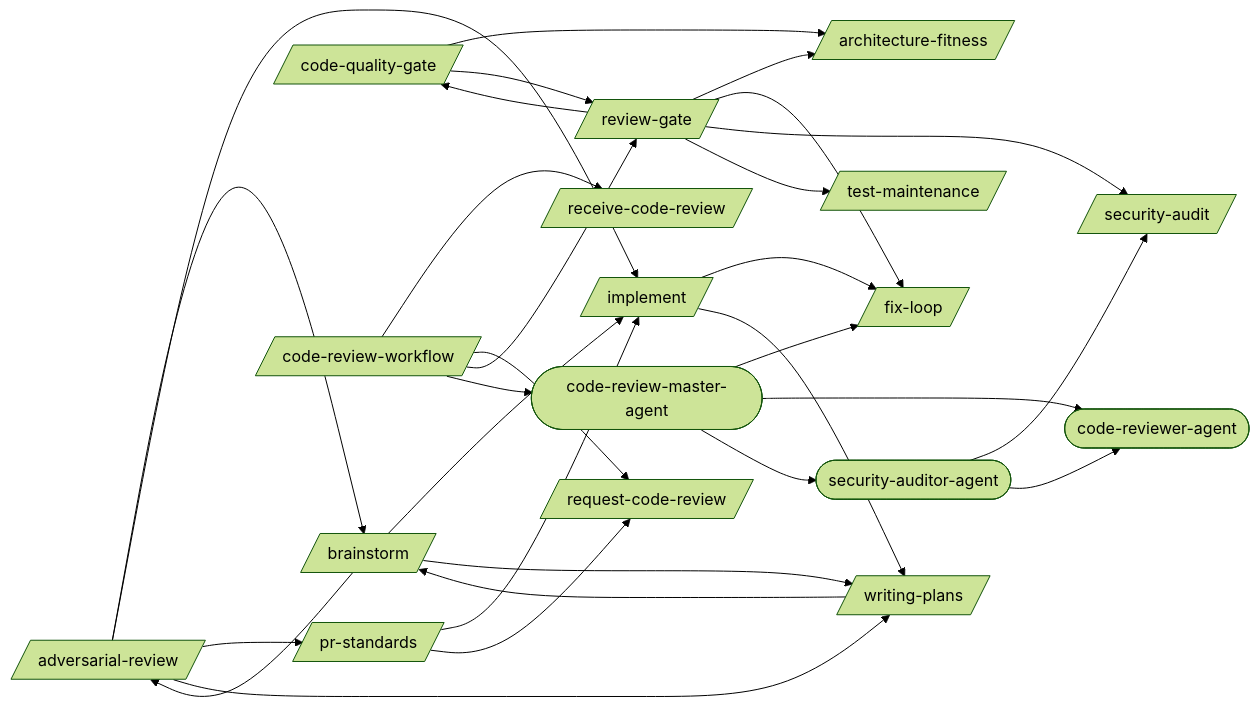
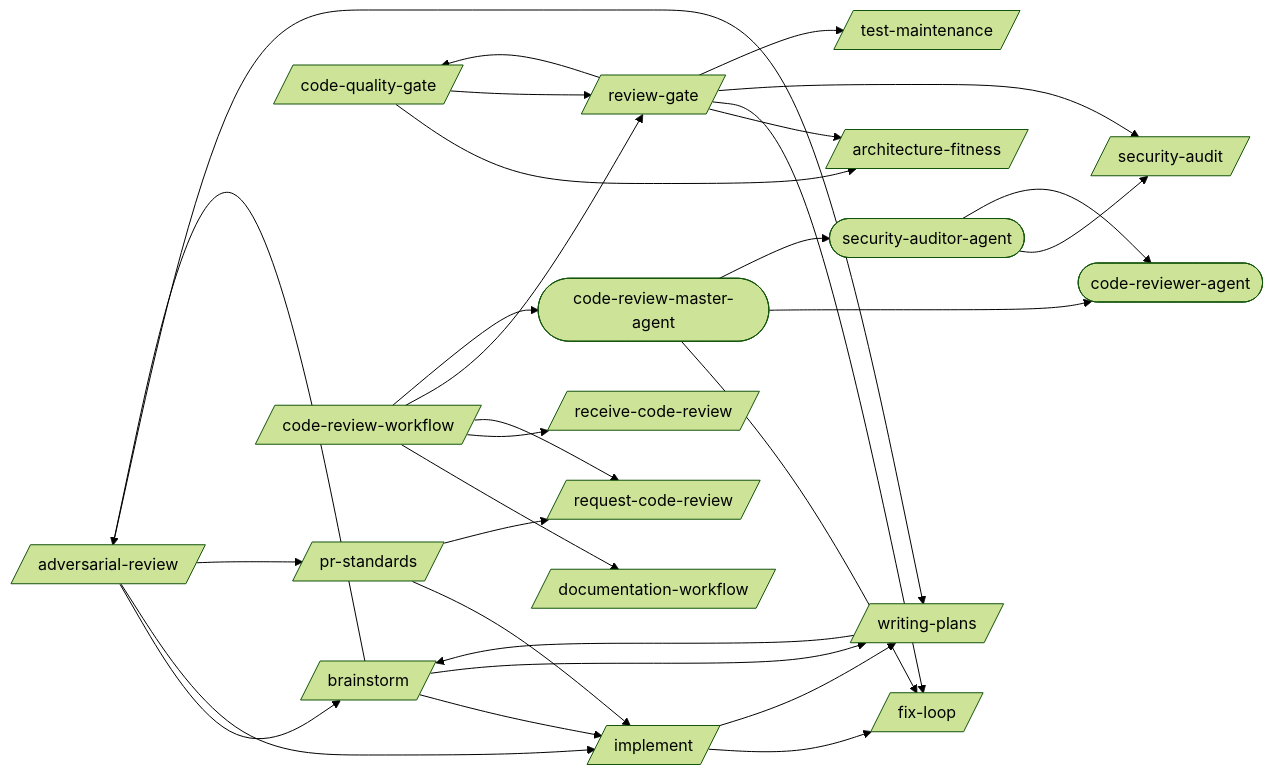
The first of 2 diagrams in docs/workflows/code-review.md (abhayla/claude-best-practices), drawn with Mermaid (forest theme) before and after one commit. The commit also changed other lines of this file and 11 other files, not shown here.

````diff
--- a/docs/workflows/code-review.md
+++ b/docs/workflows/code-review.md
@@ -9,48 +9,50 @@
 ```mermaid
 graph LR
     adversarial_review[/adversarial-review/]
     architecture_fitness[/architecture-fitness/]
     brainstorm[/brainstorm/]
     code_quality_gate[/code-quality-gate/]
     code_review_workflow[/code-review-workflow/]
+    documentation_workflow[/documentation-workflow/]
     fix_loop[/fix-loop/]
     implement[/implement/]
     pr_standards[/pr-standards/]
     receive_code_review[/receive-code-review/]
     request_code_review[/request-code-review/]
     review_gate[/review-gate/]
     security_audit[/security-audit/]
     test_maintenance[/test-maintenance/]
     writing_plans[/writing-plans/]
     code_review_master_agent([code-review-master-agent])
     code_reviewer_agent([code-reviewer-agent])
     security_auditor_agent([security-auditor-agent])
     adversarial_review --> brainstorm
     adversarial_review --> implement
     adversarial_review --> pr_standards
     adversarial_review --> writing_plans
     brainstorm --> adversarial_review
     brainstorm --> implement
     brainstorm --> writing_plans
     code_quality_gate --> architecture_fitness
     code_quality_gate --> review_gate
+    code_review_workflow --> documentation_workflow
     code_review_workflow --> receive_code_review
     code_review_workflow --> request_code_review
     code_review_workflow --> review_gate
     code_review_workflow --> code_review_master_agent
     implement --> fix_loop
     implement --> writing_plans
     pr_standards --> implement
     pr_standards --> request_code_review
     review_gate --> architecture_fitness
     review_gate --> code_quality_gate
     review_gate --> fix_loop
     review_gate --> security_audit
     review_gate --> test_maintenance
     writing_plans --> brainstorm
     code_review_master_agent --> fix_loop
     code_review_master_agent --> code_reviewer_agent
     code_review_master_agent --> security_auditor_agent
     security_auditor_agent --> security_audit
     security_auditor_agent --> code_reviewer_agent
 ```
````
